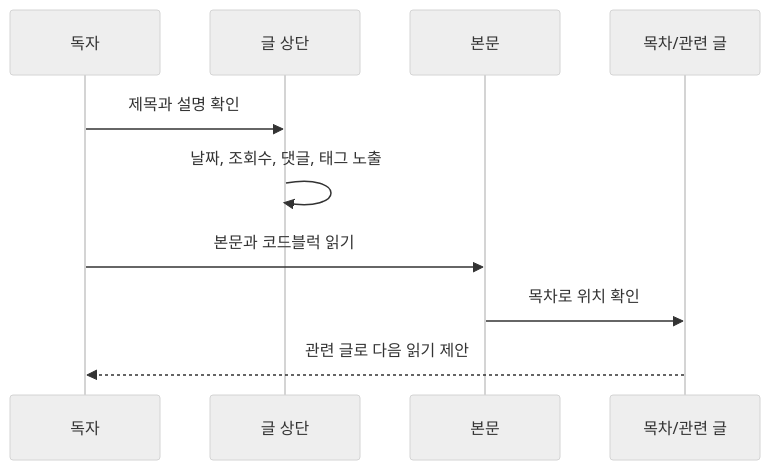
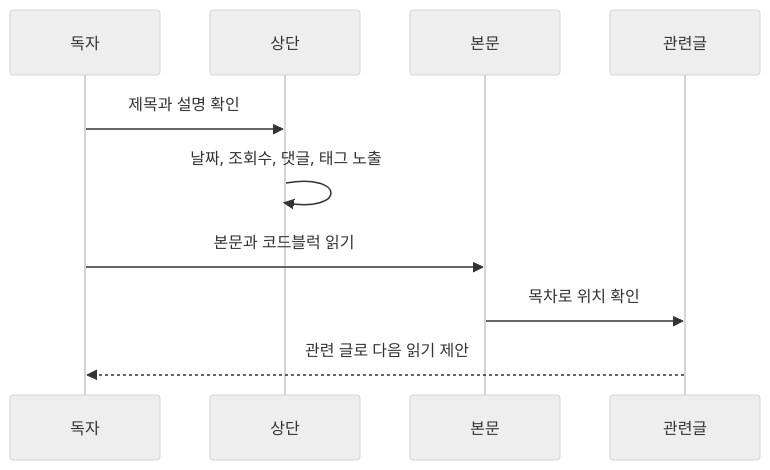
The diagram in _pages/프로젝트/블로그/정보구조/technical-blog-structure.md (rudwnlee2/rudwnlee2.github.io), drawn with Mermaid (neutral theme) before and after one commit. The commit also changed 2 other files, not shown here.

Commit message:
Improve Mermaid rendering fallback

````diff
--- a/_pages/프로젝트/블로그/정보구조/technical-blog-structure.md
+++ b/_pages/프로젝트/블로그/정보구조/technical-blog-structure.md
@@ -30,13 +30,13 @@
 ```mermaid
 sequenceDiagram
     participant Reader as 독자
-    participant Header as 글 상단
+    participant Header as 상단
     participant Content as 본문
-    participant Support as 목차/관련 글
+    participant Support as 관련글
 
     Reader->>Header: 제목과 설명 확인
     Header->>Header: 날짜, 조회수, 댓글, 태그 노출
     Reader->>Content: 본문과 코드블럭 읽기
     Content->>Support: 목차로 위치 확인
     Support-->>Reader: 관련 글로 다음 읽기 제안
 ```
````
